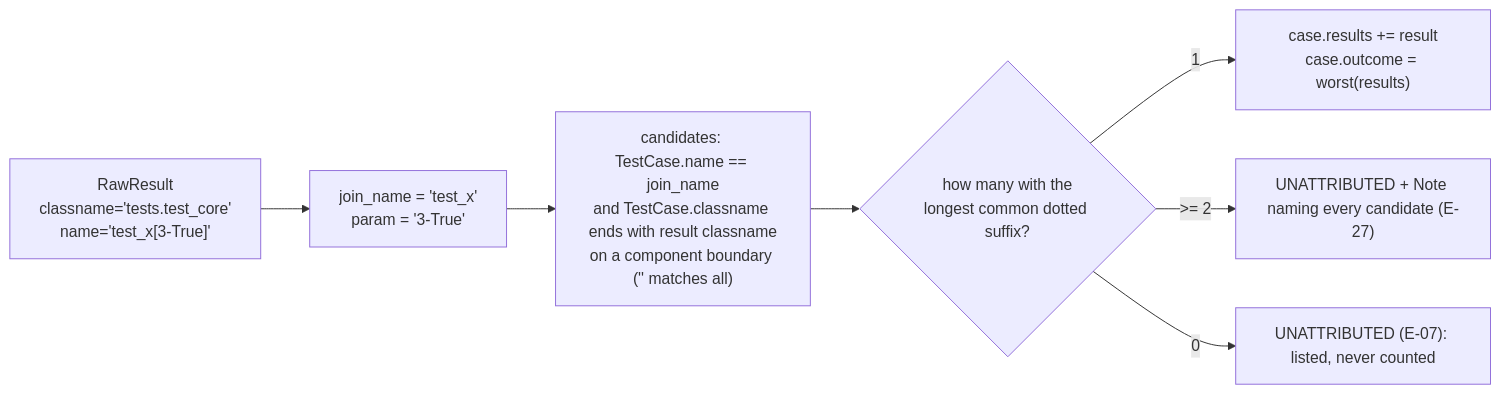
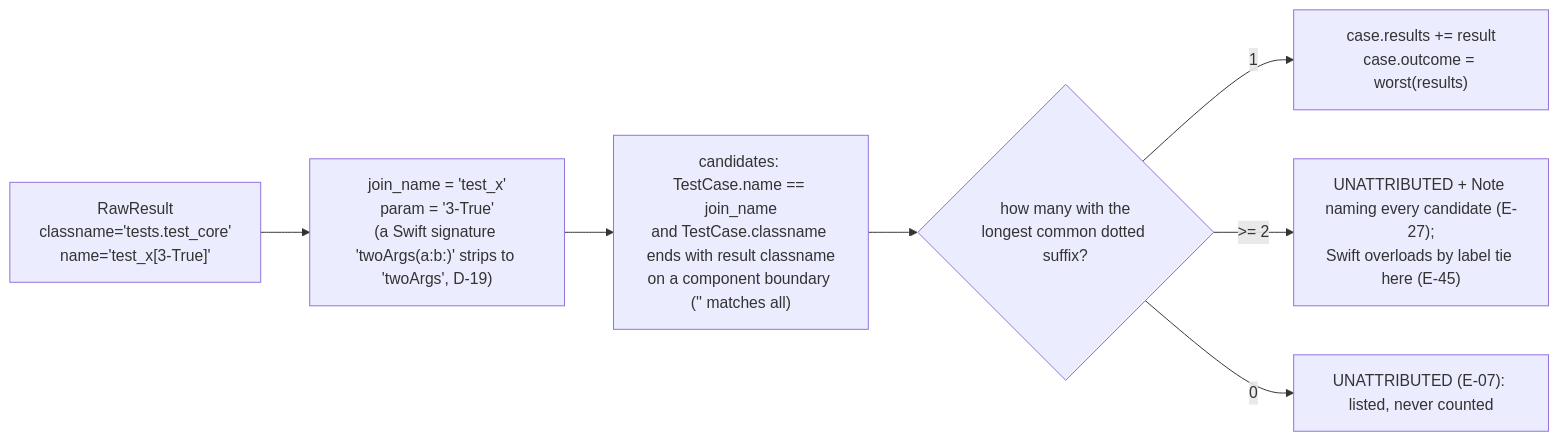
Before and after one commit to rioffe/speccheck: the seventh of 12 diagrams in ARCHITECTURE.md, drawn with Mermaid. The commit also changed other lines of this file and 3 other files, not shown here.

First line of the commit message:
docs(architecture): rewrite ARCHITECTURE.md to the v1.18 build, and fix two defects the render showed (F-5)

````diff
--- a/ARCHITECTURE.md
+++ b/ARCHITECTURE.md
@@ -366,9 +516,9 @@
 ```mermaid
 flowchart LR
-    R["RawResult<br/>classname='tests.test_core'<br/>name='test_x[3-True]'"] --> jn["join_name = 'test_x'<br/>param = '3-True'"]
+    R["RawResult<br/>classname='tests.test_core'<br/>name='test_x[3-True]'"] --> jn["join_name = 'test_x'<br/>param = '3-True'<br/>(a Swift signature 'twoArgs(a:b:)' strips to 'twoArgs', D-19)"]
     jn --> c1["candidates: TestCase.name == join_name<br/>and TestCase.classname ends with result classname<br/>on a component boundary ('' matches all)"]
     c1 --> c2{"how many with the<br/>longest common dotted suffix?"}
     c2 -->|1| join["case.results += result<br/>case.outcome = worst(results)"]
-    c2 -->|">= 2"| amb["UNATTRIBUTED + Note naming every candidate (E-27)"]
+    c2 -->|">= 2"| amb["UNATTRIBUTED + Note naming every candidate (E-27);<br/>Swift overloads by label tie here (E-45)"]
     c2 -->|0| un["UNATTRIBUTED (E-07): listed, never counted"]
 ```
````
